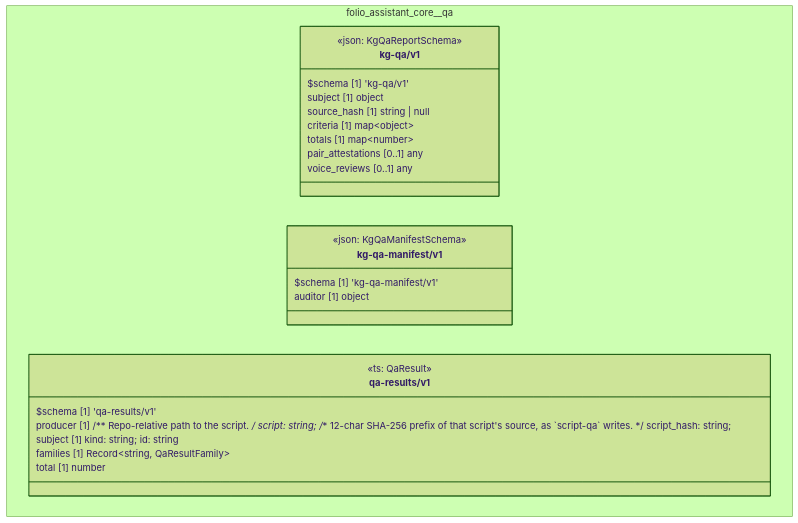
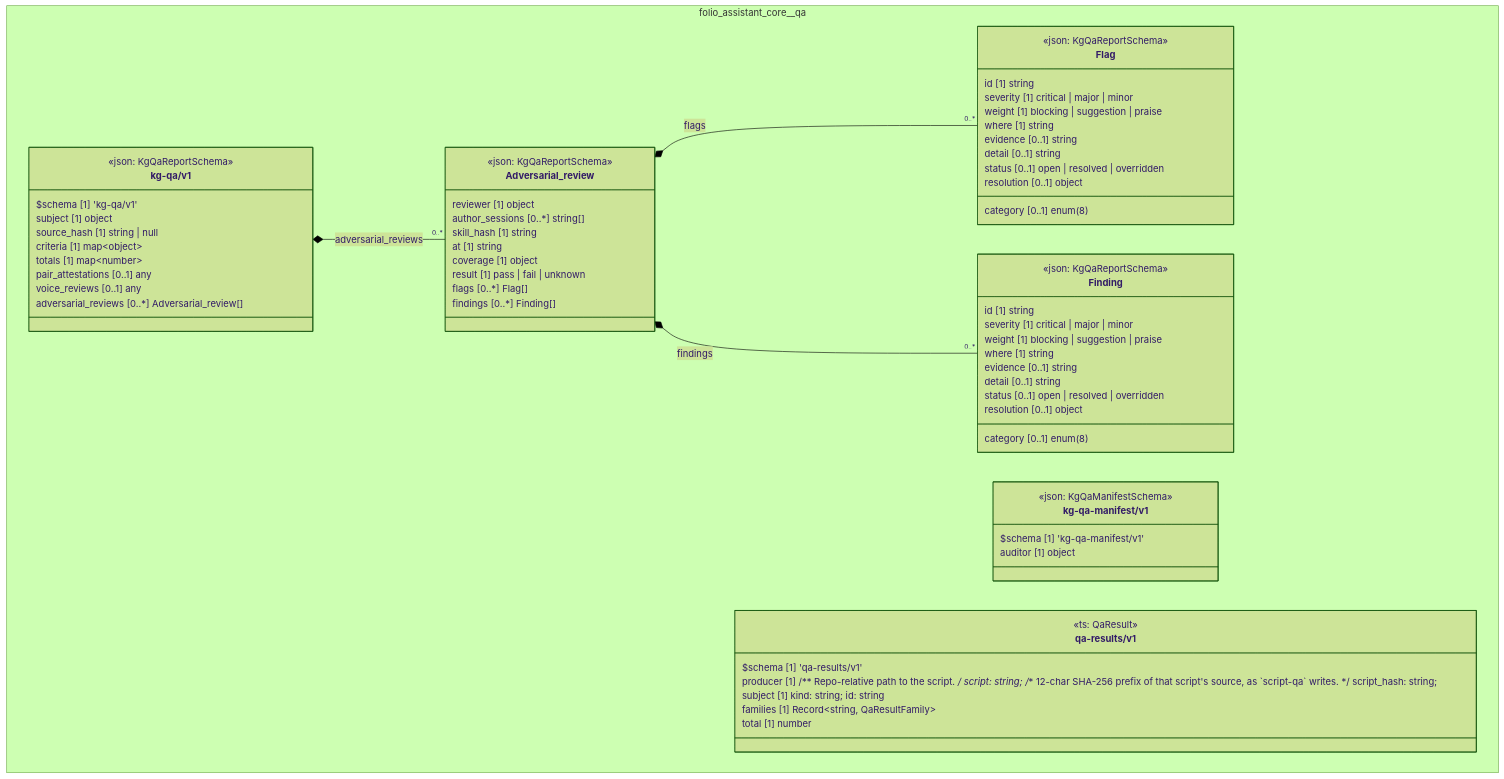
Before and after one commit to litlfred/cat-harness: the diagram in docs/uml/overview/folio-assistant-core/qa.md, drawn with Mermaid (forest theme). The commit also changed other lines of this file and 2545 other files, not shown here.

````diff
--- a/docs/uml/overview/folio-assistant-core/qa.md
+++ b/docs/uml/overview/folio-assistant-core/qa.md
@@ -47,32 +47,74 @@
 ```mermaid
 classDiagram
   direction TB
   namespace folio_assistant_core__qa {
+    class folio_assistant_core_qa_kg_qa_v1_Flag["Flag"] {
+      <<json: KgQaReportSchema>>
+      id [1] string
+      category [0..1] enum(8)
+      severity [1] critical | major | minor
+      weight [1] blocking | suggestion | praise
+      where [1] string
+      evidence [0..1] string
+      detail [0..1] string
+      status [0..1] open | resolved | overridden
+      resolution [0..1] object
+    }
+    class folio_assistant_core_qa_kg_qa_v1_Finding["Finding"] {
+      <<json: KgQaReportSchema>>
+      id [1] string
+      category [0..1] enum(8)
+      severity [1] critical | major | minor
+      weight [1] blocking | suggestion | praise
+      where [1] string
+      evidence [0..1] string
+      detail [0..1] string
+      status [0..1] open | resolved | overridden
+      resolution [0..1] object
+    }
+    class folio_assistant_core_qa_kg_qa_v1_Adversarial_review["Adversarial_review"] {
+      <<json: KgQaReportSchema>>
+      reviewer [1] object
+      author_sessions [0..*] string[]
+      skill_hash [1] string
+      at [1] string
+      coverage [1] object
+      result [1] pass | fail | unknown
+      flags [0..*] Flag[]
+      findings [0..*] Finding[]
+    }
     class folio_assistant_core_qa_kg_qa_v1_kg_qa_v1["kg-qa/v1"] {
       <<json: KgQaReportSchema>>
       $schema [1] 'kg-qa/v1'
       subject [1] object
       source_hash [1] string | null
       criteria [1] map~object~
       totals [1] map~number~
       pair_attestations [0..1] any
       voice_reviews [0..1] any
+      adversarial_reviews [0..*] Adversarial_review[]
     }
     class folio_assistant_core_qa_kg_qa_manifest_v1_kg_qa_manifest_v1["kg-qa-manifest/v1"] {
       <<json: KgQaManifestSchema>>
       $schema [1] 'kg-qa-manifest/v1'
       auditor [1] object
     }
     class folio_assistant_core_qa_qa_results_v1["qa-results/v1"] {
       <<ts: QaResult>>
       $schema [1] 'qa-results/v1'
       producer [1]  /** Repo-relative path to the script. */ script: string; /** 12-char SHA-256 prefix of that script's source, as `script-qa` writes. */ script_hash: string; 
       subject [1]  kind: string; id: string 
       families [1] Record~string, QaResultFamily~
       total [1] number
     }
   }
+  folio_assistant_core_qa_kg_qa_v1_Adversarial_review *-- "0..*" folio_assistant_core_qa_kg_qa_v1_Flag : flags
+  folio_assistant_core_qa_kg_qa_v1_Adversarial_review *-- "0..*" folio_assistant_core_qa_kg_qa_v1_Finding : findings
+  folio_assistant_core_qa_kg_qa_v1_kg_qa_v1 *-- "0..*" folio_assistant_core_qa_kg_qa_v1_Adversarial_review : adversarial_reviews
+  cssClass "folio_assistant_core_qa_kg_qa_v1_Flag" fa_uml_kind_qa
+  cssClass "folio_assistant_core_qa_kg_qa_v1_Finding" fa_uml_kind_qa
+  cssClass "folio_assistant_core_qa_kg_qa_v1_Adversarial_review" fa_uml_kind_qa
   cssClass "folio_assistant_core_qa_kg_qa_v1_kg_qa_v1" fa_uml_kind_qa
   cssClass "folio_assistant_core_qa_kg_qa_manifest_v1_kg_qa_manifest_v1" fa_uml_kind_qa
   cssClass "folio_assistant_core_qa_qa_results_v1" fa_uml_kind_qa
 ```
````
